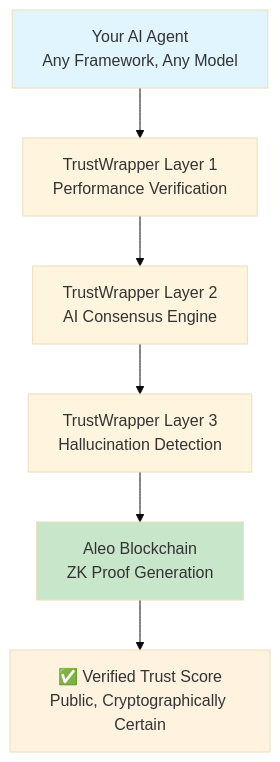
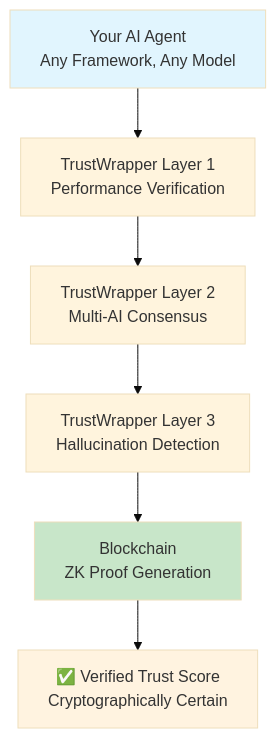
Before and after one commit to eladmint/lamassu-labs: the diagram in README.md, drawn with Mermaid (base theme). The commit also changed other lines of this file and 49 other files, not shown here.

````diff
--- a/README.md
+++ b/README.md
@@ -207,12 +101,12 @@
 ```mermaid
 graph TB
     A[Your AI Agent<br/>Any Framework, Any Model] --> B[TrustWrapper Layer 1<br/>Performance Verification]
-    B --> C[TrustWrapper Layer 2<br/>AI Consensus Engine]  
+    B --> C[TrustWrapper Layer 2<br/>Multi-AI Consensus]  
     C --> D[TrustWrapper Layer 3<br/>Hallucination Detection]
-    D --> E[Aleo Blockchain<br/>ZK Proof Generation]
-    E --> F[✅ Verified Trust Score<br/>Public, Cryptographically Certain]
+    D --> E[Blockchain<br/>ZK Proof Generation]
+    E --> F[✅ Verified Trust Score<br/>Cryptographically Certain]
     
     style A fill:#e1f5fe
     style E fill:#c8e6c9
     style F fill:#fff3e0
 ```
````
